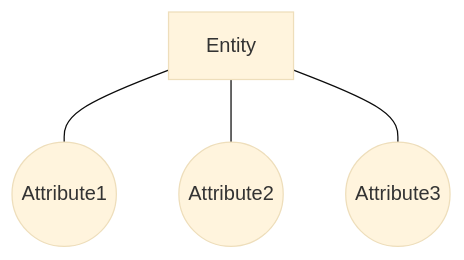
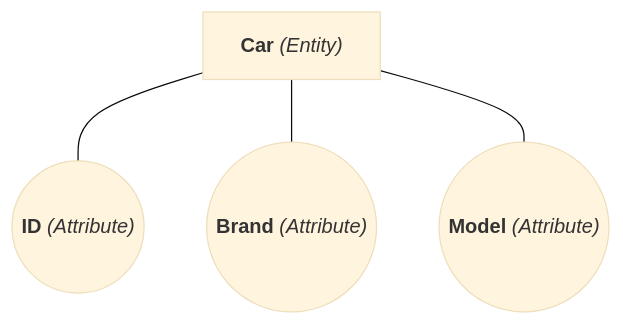
Before and after one commit to angelromarco04/MyNotes: the diagram in Programming/Databases/data/Theory/ERModel.md, drawn with Mermaid (base theme).

Commit message:
vault backup: 2024-03-17 18:03:45

````diff
--- a/Programming/Databases/data/Theory/ERModel.md
+++ b/Programming/Databases/data/Theory/ERModel.md
@@ -20,11 +20,11 @@
 ```mermaid
 flowchart TD
 	id1---id2
 	id1---id3
 	id1---id4
 
-	id1["Entity"]
-	id2(("Attribute1"))
-	id3(("Attribute2"))
-	id4(("Attribute3"))
+	id1["`**Car** *(Entity)*`"]
+	id2(("`**ID** *(Attribute)*`"))
+	id3(("`**Brand** *(Attribute)*`"))
+	id4(("`**Model** *(Attribute)*`"))
 ```
````
